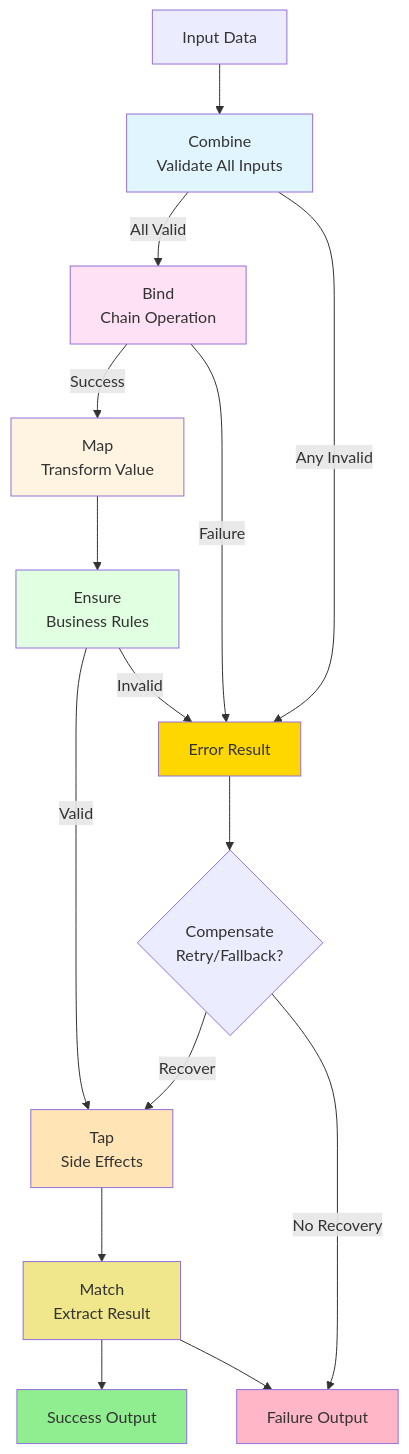
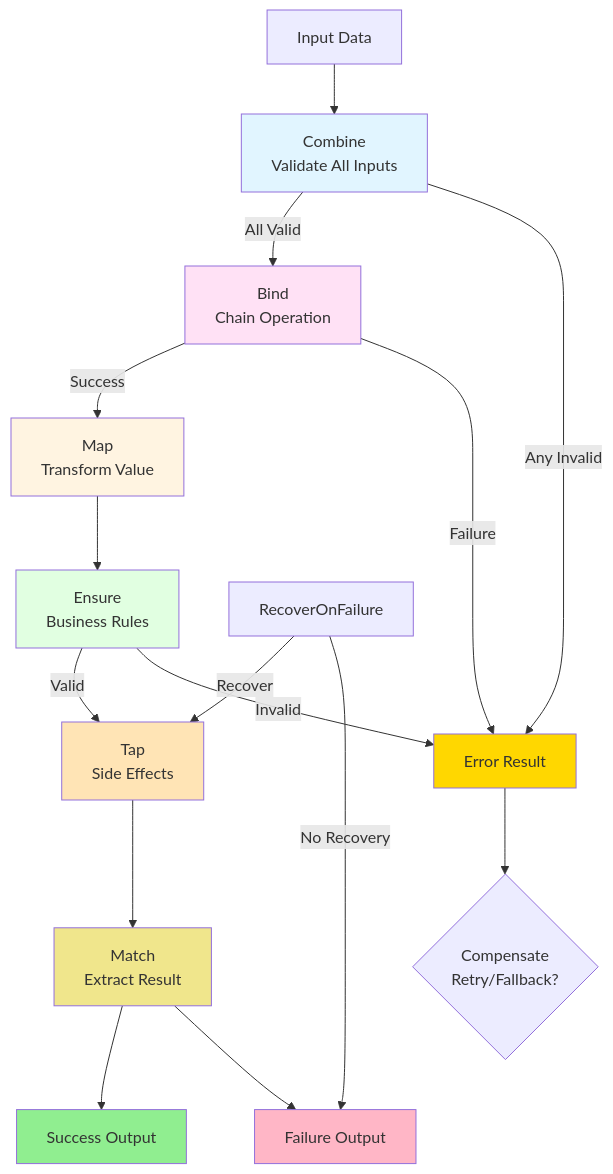
The second of 3 diagrams in docs/docfx_project/articles/basics.md (xavierjohn/FunctionalDDD), drawn with Mermaid before and after one commit. The commit also changed other lines of this file and 23 other files, not shown here.

````diff
--- a/docs/docfx_project/articles/basics.md
+++ b/docs/docfx_project/articles/basics.md
@@ -233,33 +233,33 @@
 ```mermaid
 flowchart TB
     START[Input Data] --> COMBINE[Combine<br/>Validate All Inputs]
     COMBINE -->|All Valid| BIND[Bind<br/>Chain Operation]
     COMBINE -->|Any Invalid| ERROR[Error Result]
     
     BIND -->|Success| MAP[Map<br/>Transform Value]
     BIND -->|Failure| ERROR
     
     MAP --> ENSURE[Ensure<br/>Business Rules]
     
     ENSURE -->|Valid| TAP[Tap<br/>Side Effects]
     ENSURE -->|Invalid| ERROR
     
     TAP --> MATCH[Match<br/>Extract Result]
     
     MATCH --> SUCCESS[Success Output]
     MATCH --> FAILURE[Failure Output]
     
     ERROR --> COMPENSATE{Compensate<br/>Retry/Fallback?}
-    COMPENSATE -->|Recover| TAP
-    COMPENSATE -->|No Recovery| FAILURE
+    RecoverOnFailure -->|Recover| TAP
+    RecoverOnFailure -->|No Recovery| FAILURE
     
     style SUCCESS fill:#90EE90
     style FAILURE fill:#FFB6C6
     style ERROR fill:#FFD700
     style COMBINE fill:#E1F5FF
     style BIND fill:#FFE1F5
     style MAP fill:#FFF4E1
     style ENSURE fill:#E1FFE1
     style TAP fill:#FFE4B5
     style MATCH fill:#F0E68C
 ```
````
